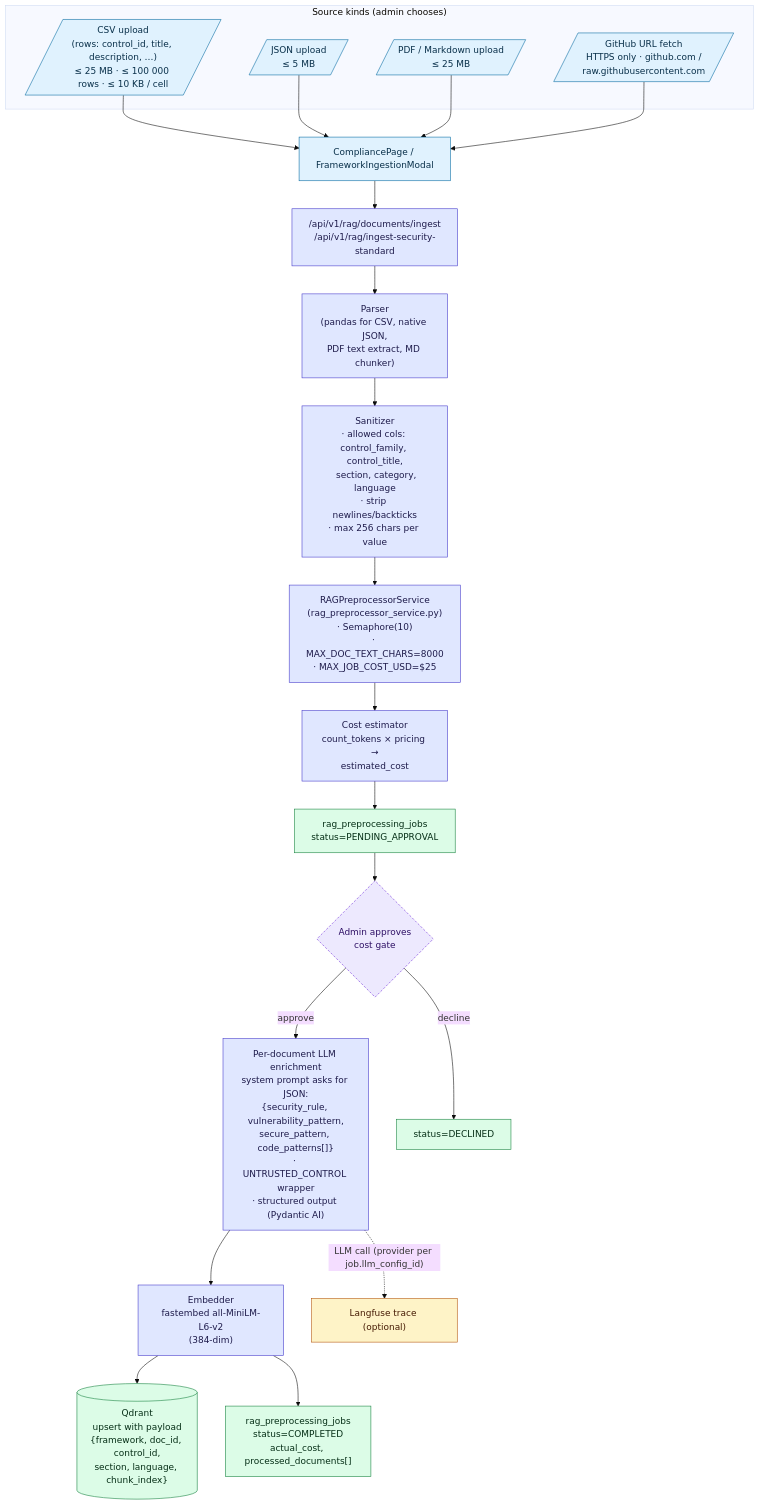
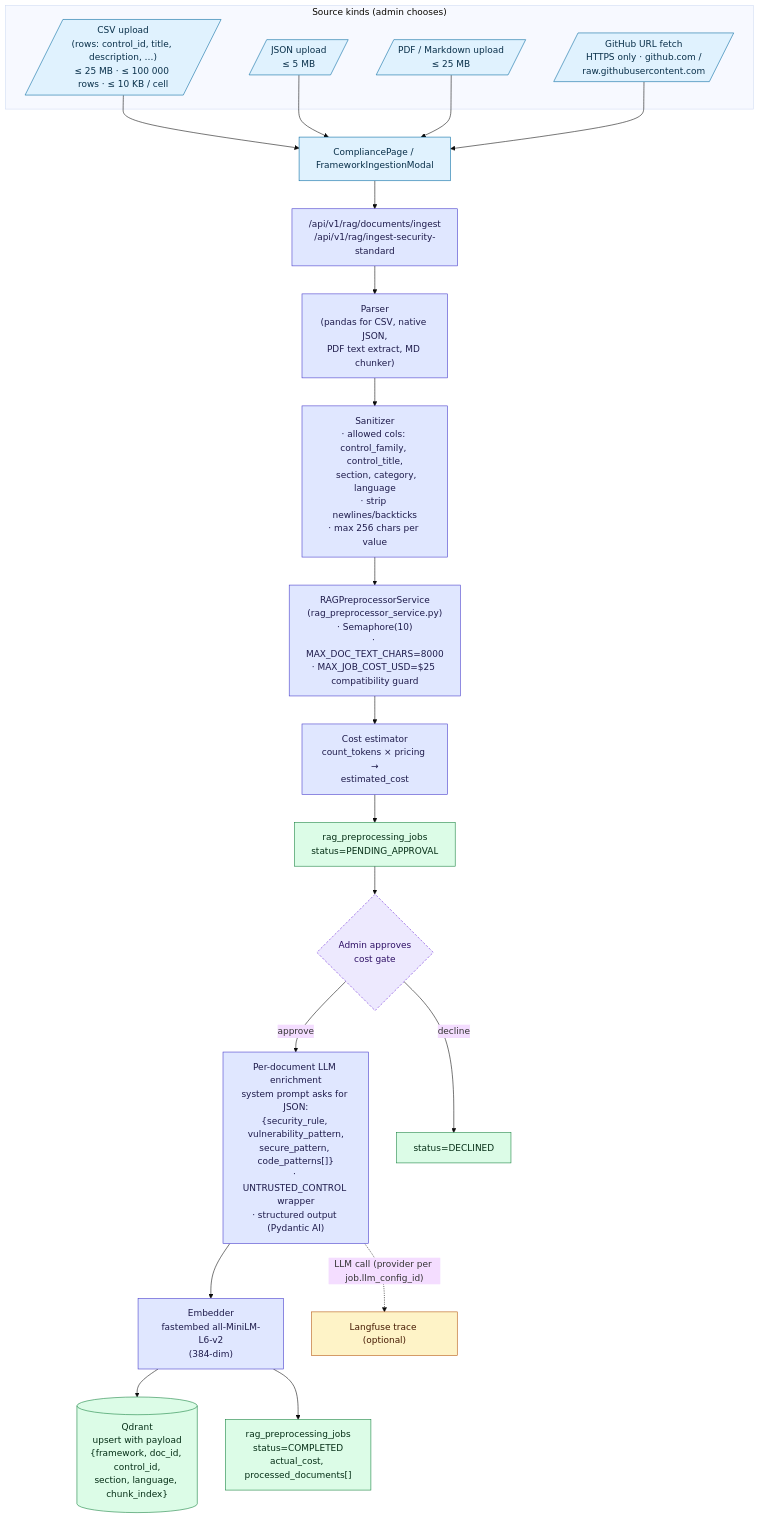
Before and after one commit to nerdy-krishna/ai-secure-coding-compliance-platform: the second of 3 diagrams in docs/docs/architecture/diagrams/07-framework-management.md, drawn with Mermaid (base theme). The commit also changed other lines of this file and 4 other files, not shown here.

````diff
--- a/docs/docs/architecture/diagrams/07-framework-management.md
+++ b/docs/docs/architecture/diagrams/07-framework-management.md
@@ -69,39 +69,39 @@
 ```mermaid
 flowchart TB
     subgraph SourceTypes["Source kinds (admin chooses)"]
       C1[/"CSV upload<br/>(rows: control_id, title, description, …)<br/>≤ 25 MB · ≤ 100 000 rows · ≤ 10 KB / cell"/]:::edge
       C2[/"JSON upload<br/>≤ 5 MB"/]:::edge
       C3[/"PDF / Markdown upload<br/>≤ 25 MB"/]:::edge
       C4[/"GitHub URL fetch<br/>HTTPS only · github.com /<br/>raw.githubusercontent.com"/]:::edge
     end
 
     UI["CompliancePage / FrameworkIngestionModal"]:::edge
     API["/api/v1/rag/documents/ingest<br/>/api/v1/rag/ingest-security-standard"]:::app
     Parse["Parser<br/>(pandas for CSV, native JSON,<br/>PDF text extract, MD chunker)"]:::app
     Sanitize["Sanitizer<br/>· allowed cols: control_family, control_title,<br/>  section, category, language<br/>· strip newlines/backticks<br/>· max 256 chars per value"]:::app
-    Prep["RAGPreprocessorService<br/>(rag_preprocessor_service.py)<br/>· Semaphore(10)<br/>· MAX_DOC_TEXT_CHARS=8000<br/>· MAX_JOB_COST_USD=$25"]:::app
+    Prep["RAGPreprocessorService<br/>(rag_preprocessor_service.py)<br/>· Semaphore(10)<br/>· MAX_DOC_TEXT_CHARS=8000<br/>· MAX_JOB_COST_USD=$25 compatibility guard"]:::app
     Cost["Cost estimator<br/>count_tokens × pricing →<br/>estimated_cost"]:::app
     JobP["rag_preprocessing_jobs<br/>status=PENDING_APPROVAL"]:::data
     Approve{Admin approves<br/>cost gate}:::gate
     Enrich["Per-document LLM enrichment<br/>system prompt asks for JSON:<br/>{security_rule, vulnerability_pattern,<br/>secure_pattern, code_patterns[]}<br/>· UNTRUSTED_CONTROL wrapper<br/>· structured output (Pydantic AI)"]:::app
     Embed["Embedder<br/>fastembed all-MiniLM-L6-v2<br/>(384-dim)"]:::app
     QD[("Qdrant<br/>upsert with payload<br/>{framework, doc_id, control_id,<br/>section, language, chunk_index}")]:::data
     JobC["rag_preprocessing_jobs<br/>status=COMPLETED<br/>actual_cost, processed_documents[]"]:::data
     LF["Langfuse trace (optional)"]:::obs
 
     C1 & C2 & C3 & C4 --> UI --> API
     API --> Parse --> Sanitize --> Prep
     Prep --> Cost --> JobP
     JobP --> Approve
     Approve -- approve --> Enrich
     Approve -- decline --> X1["status=DECLINED"]:::data
     Enrich -. "LLM call (provider per job.llm_config_id)" .-> LF
     Enrich --> Embed --> QD
     Embed --> JobC
 
     classDef edge fill:#e0f2fe,stroke:#0369a1,color:#082f49;
     classDef app  fill:#e0e7ff,stroke:#4338ca,color:#1e1b4b;
     classDef data fill:#dcfce7,stroke:#15803d,color:#052e16;
     classDef obs  fill:#fef3c7,stroke:#b45309,color:#451a03;
     classDef gate fill:#ede9fe,stroke:#6d28d9,color:#2e1065,stroke-dasharray: 4 3;
 ```
````
